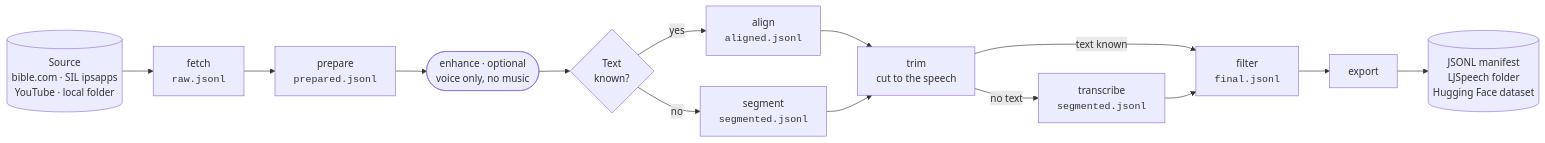
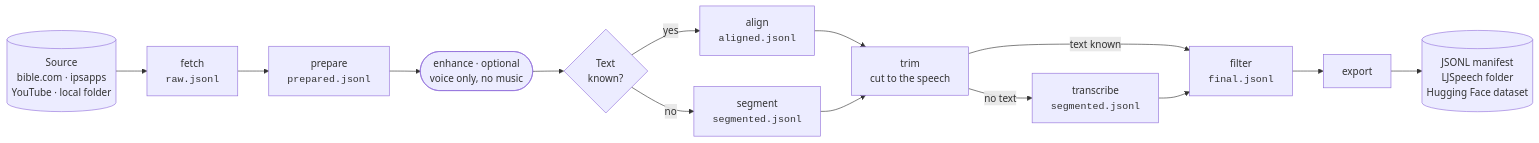
One commit to anyantudre/MooreSpeechCorpora changed the diagram in README.md. Above: the diagram before and after it, drawn with Mermaid. The commit also changed other lines of this file and 12 other files, not shown here.

````diff
--- a/README.md
+++ b/README.md
@@ -61,16 +61,16 @@
 ```mermaid
 flowchart LR
-    src[("Source<br/>bible.com · SIL ipsapps<br/>YouTube · local folder")] --> fetch
+    src[("Source<br/>bible.com · ipsapps<br/>YouTube · local folder")] --> fetch
     fetch["fetch<br/><code>raw.jsonl</code>"] --> prepare["prepare<br/><code>prepared.jsonl</code>"]
     prepare --> enhance(["enhance · optional<br/>voice only, no music"])
     enhance --> known{"Text<br/>known?"}
     known -- yes --> align["align<br/><code>aligned.jsonl</code>"]
     known -- no --> segment["segment<br/><code>segmented.jsonl</code>"]
     align --> trim["trim<br/>cut to the speech"]
     segment --> trim
     trim -- text known --> filter["filter<br/><code>final.jsonl</code>"]
     trim -- no text --> transcribe["transcribe<br/><code>segmented.jsonl</code>"]
     transcribe --> filter
     filter --> export["export"]
     export --> out[("JSONL manifest<br/>LJSpeech folder<br/>Hugging Face dataset")]
 ```
````
